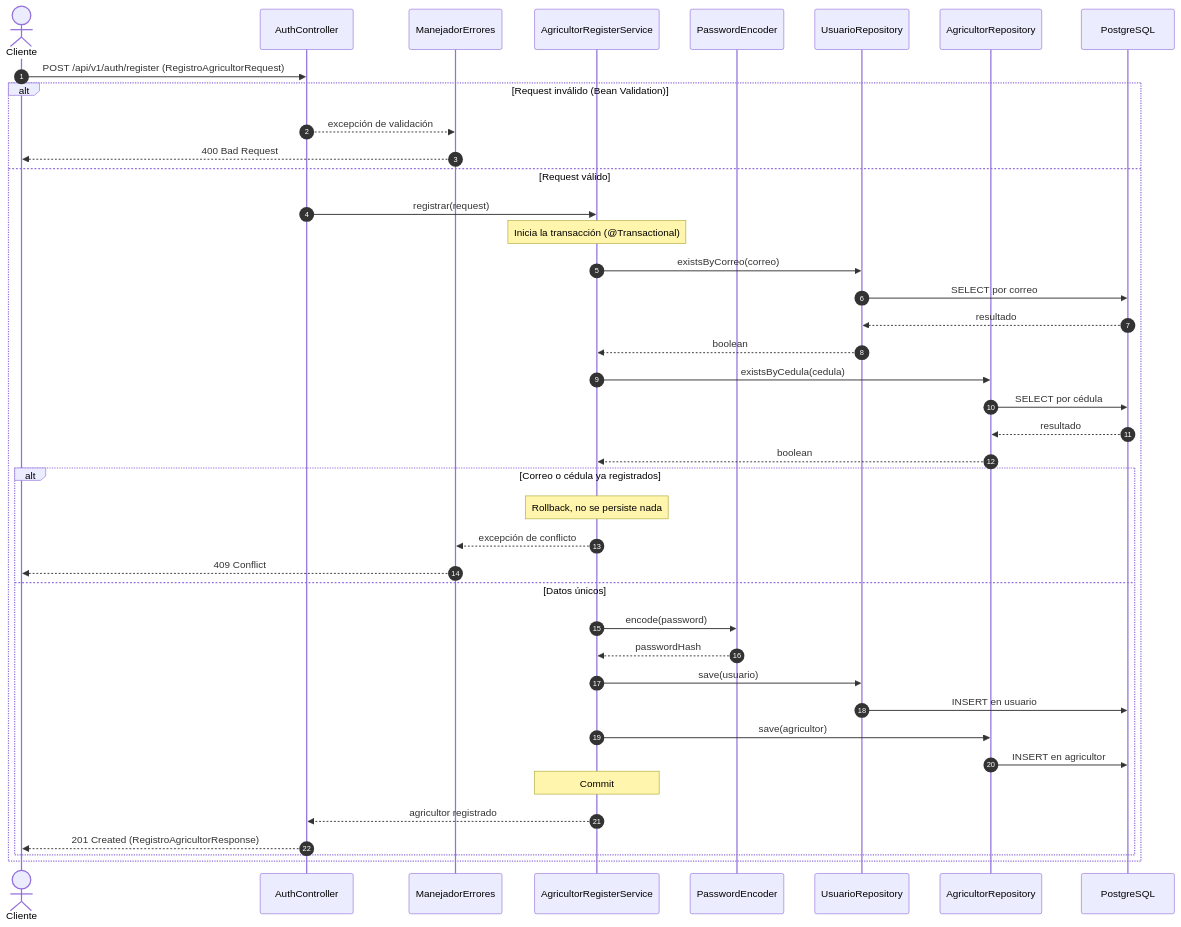
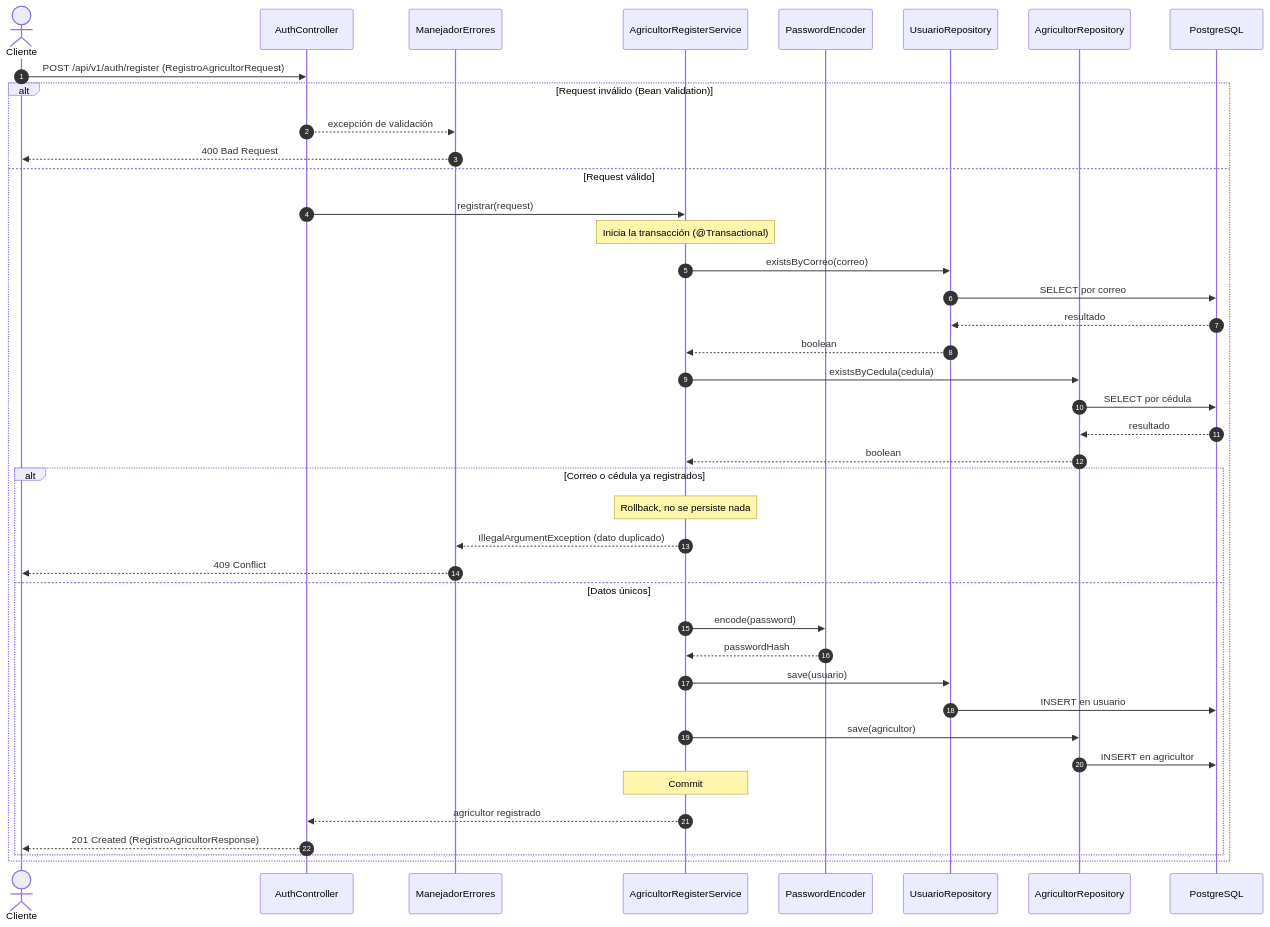
The first of 2 diagrams in docs/diseno/diagrama-secuencia.md (Angel-uniajc/AgrovalleConnect), drawn with Mermaid before and after one commit. The commit also changed other lines of this file, not shown here.

Commit message:
docs(T05-DIS): documentar diagramas de secuencia de HU-01 y HU-16

````diff
--- a/docs/diseno/diagrama-secuencia.md
+++ b/docs/diseno/diagrama-secuencia.md
@@ -43,44 +47,44 @@
 ```mermaid
 sequenceDiagram
     autonumber
     actor Cliente
     participant C as AuthController
     participant E as ManejadorErrores
     participant S as AgricultorRegisterService
     participant PE as PasswordEncoder
     participant UR as UsuarioRepository
     participant AR as AgricultorRepository
     participant DB as PostgreSQL
 
     Cliente->>C: POST /api/v1/auth/register (RegistroAgricultorRequest)
     alt Request inválido (Bean Validation)
         C-->>E: excepción de validación
         E-->>Cliente: 400 Bad Request
     else Request válido
         C->>S: registrar(request)
         Note over S: Inicia la transacción (@Transactional)
         S->>UR: existsByCorreo(correo)
         UR->>DB: SELECT por correo
         DB-->>UR: resultado
         UR-->>S: boolean
         S->>AR: existsByCedula(cedula)
         AR->>DB: SELECT por cédula
         DB-->>AR: resultado
         AR-->>S: boolean
         alt Correo o cédula ya registrados
             Note over S: Rollback, no se persiste nada
-            S-->>E: excepción de conflicto
+            S-->>E: IllegalArgumentException (dato duplicado)
             E-->>Cliente: 409 Conflict
         else Datos únicos
             S->>PE: encode(password)
             PE-->>S: passwordHash
             S->>UR: save(usuario)
             UR->>DB: INSERT en usuario
             S->>AR: save(agricultor)
             AR->>DB: INSERT en agricultor
             Note over S: Commit
             S-->>C: agricultor registrado
             C-->>Cliente: 201 Created (RegistroAgricultorResponse)
         end
     end
 ```
````
